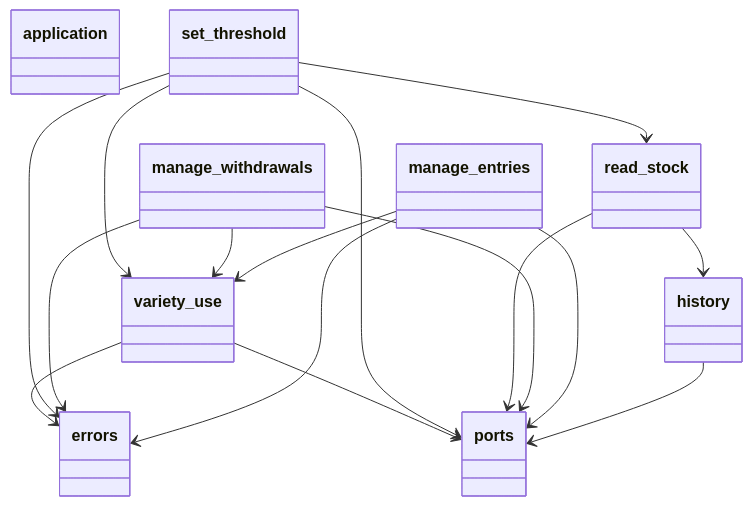
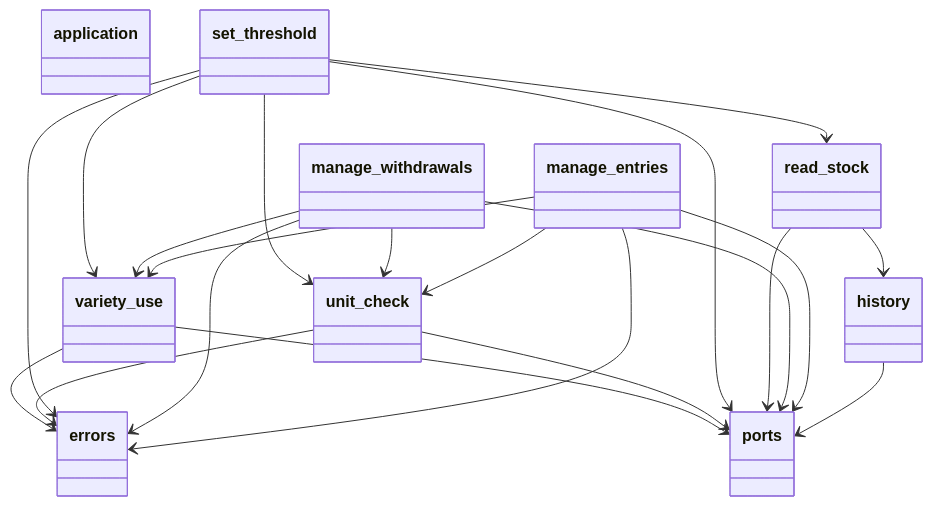
One commit to GonzaloZevallos/apostrophe changed the second of 6 diagrams in docs/architecture/generated/classes/stock.md. Above: the diagram before and after it, drawn with Mermaid. The commit also changed other lines of this file, not shown here.

Commit message:
Regenerate the stock class docs for the unit check

````diff
--- a/docs/architecture/generated/classes/stock.md
+++ b/docs/architecture/generated/classes/stock.md
@@ -47,36 +47,43 @@
 ```mermaid
 classDiagram
   class application {
   }
   class errors {
   }
   class history {
   }
   class manage_entries {
   }
   class manage_withdrawals {
   }
   class ports {
   }
   class read_stock {
   }
   class set_threshold {
   }
+  class unit_check {
+  }
   class variety_use {
   }
   history --> ports
   manage_entries --> errors
   manage_entries --> ports
+  manage_entries --> unit_check
   manage_entries --> variety_use
   manage_withdrawals --> errors
   manage_withdrawals --> ports
+  manage_withdrawals --> unit_check
   manage_withdrawals --> variety_use
   read_stock --> history
   read_stock --> ports
   set_threshold --> errors
   set_threshold --> ports
   set_threshold --> read_stock
+  set_threshold --> unit_check
   set_threshold --> variety_use
+  unit_check --> errors
+  unit_check --> ports
   variety_use --> errors
   variety_use --> ports
 ```
````
